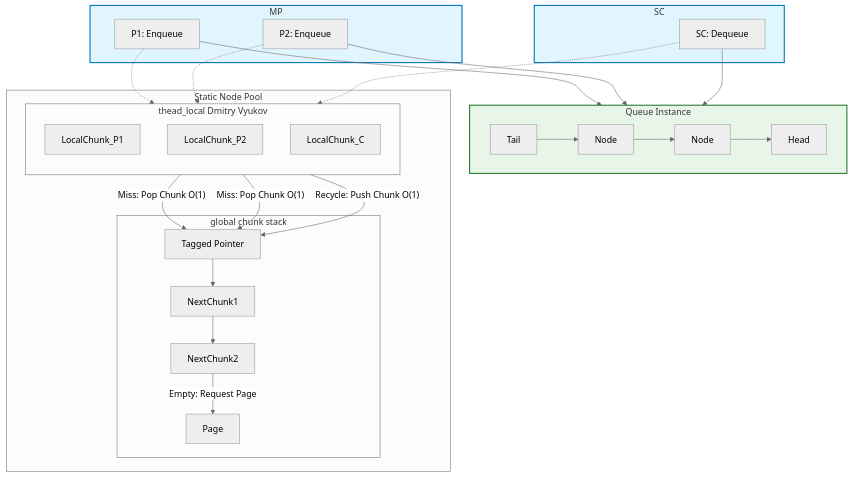
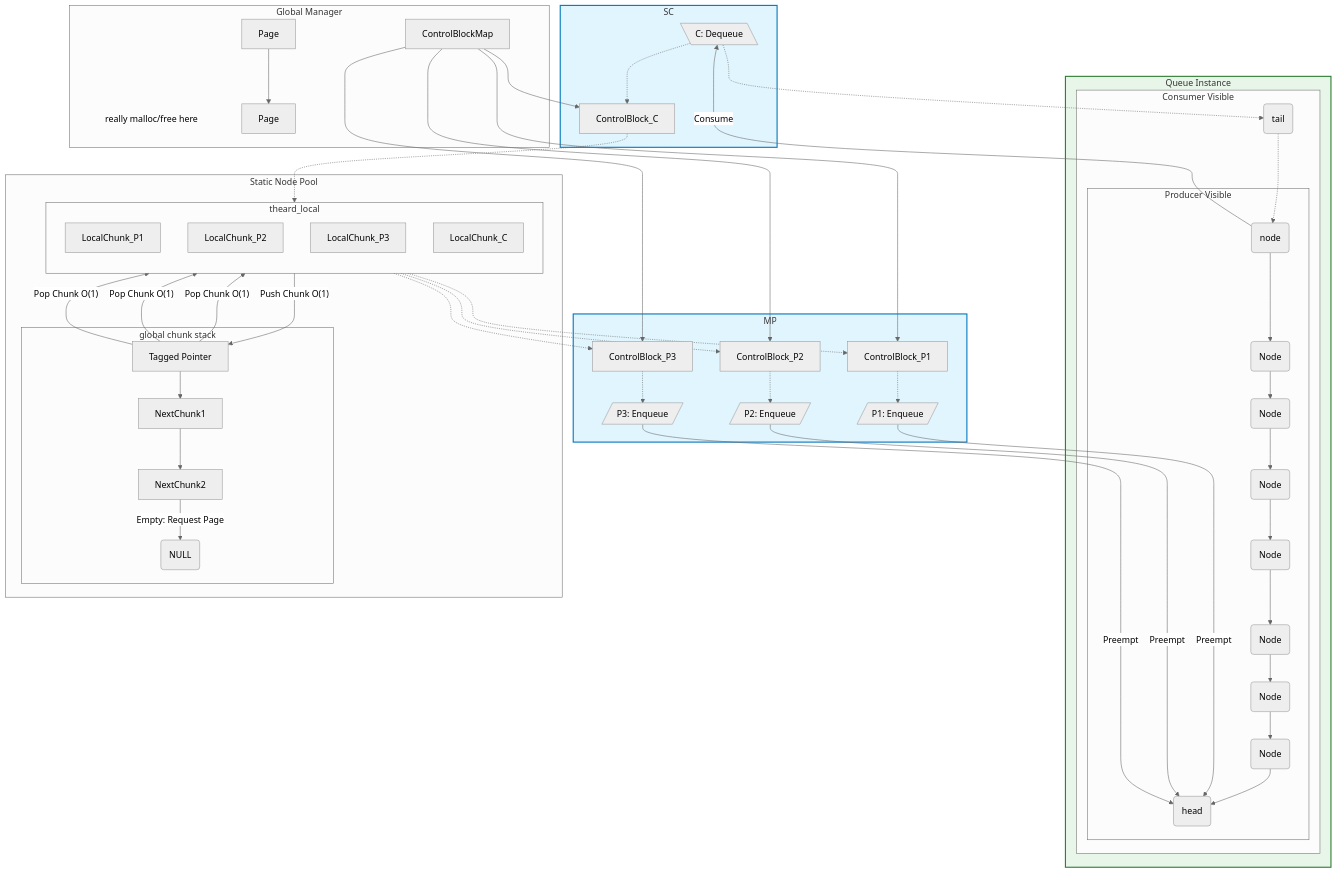
The diagram in README.zh.md (dakingffo/MPSC_queue), drawn with Mermaid (neutral theme) before and after one commit. The commit also changed other lines of this file and 1 other file, not shown here.

Commit message:
Udpate README.md

````diff
--- a/README.zh.md
+++ b/README.zh.md
@@ -31,55 +31,85 @@
     classDef QUEUE fill:#e8f5e9,stroke:#2e7d32,stroke-width:2px;
 
     subgraph PRODUCERS [MP]
-        P1[P1: Enqueue]
-        P2[P2: Enqueue]
+        P1[/P1: Enqueue/]
+        ControlBlock_P1 -.-> P1
+        P2[/P2: Enqueue/]
+        ControlBlock_P2 -.-> P2
+        P3[/P3: Enqueue/]
+        ControlBlock_P3 -.-> P3
     end
     class PRODUCERS THREAD
 
     subgraph CONSUMER [SC]
-        C[SC: Dequeue]
+        C[\C: Dequeue\]
+        C -.-> ControlBlock_C
     end
     class CONSUMER THREAD
 
     subgraph MPSC_QUEUE [Queue Instance]
-        direction LR
-        Head
-        Tail
-        Tail --> NodeA[Node]
-        NodeA --> NodeB[Node]
-        NodeB --> Head
+        subgraph CONSUMER_VISIBLE [Consumer Visible]
+            Tail(tail) -.-> NodeA(node)
+            subgraph PRODUCER_VISIBLE [Producer Visible]
+                NodeA --> NodeB(Node)
+                NodeB --> NodeC(Node)
+                NodeC --> NodeD(Node)
+                NodeD --> NodeE(Node)
+                NodeE --> NodeF(Node)
+                NodeF --> NodeG(Node)
+                NodeG --> NodeH(Node)
+                NodeH --> Head(head)
+            end
+        end 
     end
     class MPSC_QUEUE QUEUE
 
+    subgraph GLOBAL_MANAGER [Global Manager]
+        Note1[really malloc/free here]:::note
+        ControlBlockMap 
+        Page1[Page] --> Page2[Page]
+    end
+    classDef note fill:none, stroke:none;
+    class GLOBAL_MANAGER manager
+
     subgraph THREAD_LOCAL_NODE_POOL [Static Node Pool]
-        subgraph THREAD_LOCAL_CACHE [thead_local Dmitry Vyukov]
+        subgraph THREAD_LOCAL_CACHE [theard_local]
             direction TB
             LocalChunk_P1
             LocalChunk_P2
+            LocalChunk_P3
             LocalChunk_C
         end
 
         subgraph GLOBAL_NODE_POOL [global chunk stack]
             GlobalStackTop[Tagged Pointer]
-            GlobalMutex[Page]
+            GlobalStackBottom(NULL)
             NextChunk1
             NextChunk2
         end
     end
     class NODE_ALLOCATOR GLOBAL
 
-    P1 --> Head
-    P2 --> Head
-    C --> Tail
+    P1 -- "Preempt" --> Head
+    P2 -- "Preempt" --> Head
+    P3 -- "Preempt" --> Head
+    NodeA -- "Consume" --> C
+    C -.-> Tail
 
-    P1 -.-> LocalChunk_P1
-    LocalChunk_P1 -- "Miss: Pop Chunk O(1)" -->GlobalStackTop
-    P2 -.-> LocalChunk_P2
-    LocalChunk_P2 -- "Miss: Pop Chunk O(1)" --> GlobalStackTop
-    C -.-> LocalChunk_C
-    LocalChunk_C -- "Recycle: Push Chunk O(1)" --> GlobalStackTop
+    ControlBlockMap --> ControlBlock_C
+    ControlBlockMap --> ControlBlock_P1
+    ControlBlockMap --> ControlBlock_P2
+    ControlBlockMap --> ControlBlock_P3
+
+    LocalChunk_P1 -.-> ControlBlock_P1
+    GlobalStackTop -- "Pop Chunk O(1)" --> LocalChunk_P1
+    LocalChunk_P2 -.-> ControlBlock_P2
+    GlobalStackTop -- "Pop Chunk O(1)" --> LocalChunk_P2
+    LocalChunk_P3 -.-> ControlBlock_P3
+    GlobalStackTop -- "Pop Chunk O(1)" --> LocalChunk_P3
+    ControlBlock_C -.-> LocalChunk_C
+    LocalChunk_C -- "Push Chunk O(1)" --> GlobalStackTop
     
     GlobalStackTop --> NextChunk1
     NextChunk1 --> NextChunk2
-    NextChunk2 -- "Empty: Request Page" --> GlobalMutex
+    NextChunk2 -- "Empty: Request Page" --> GlobalStackBottom
 ```
````
